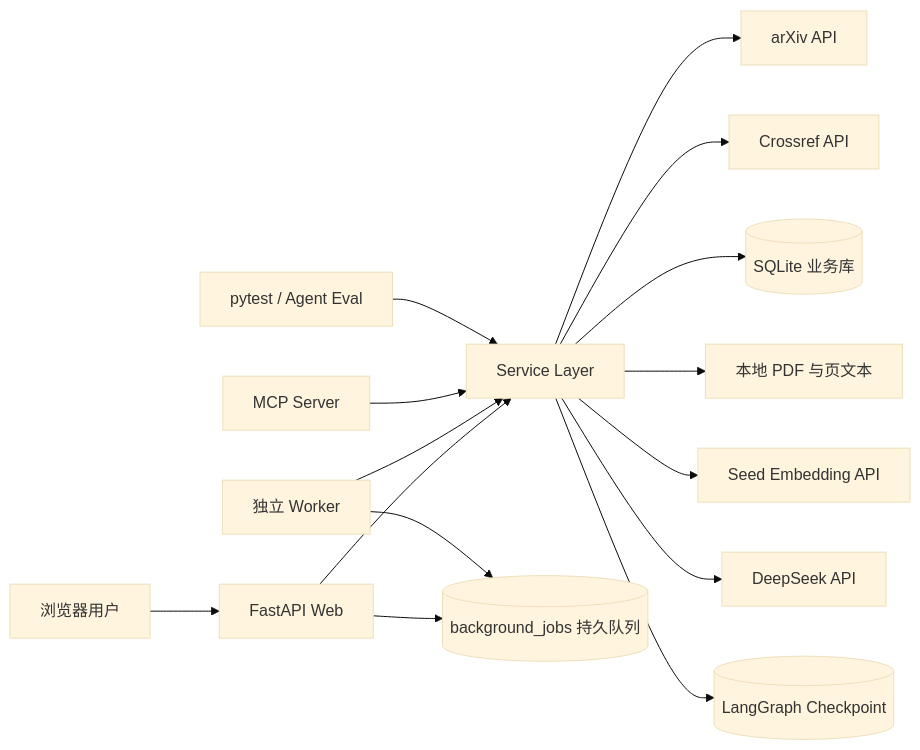
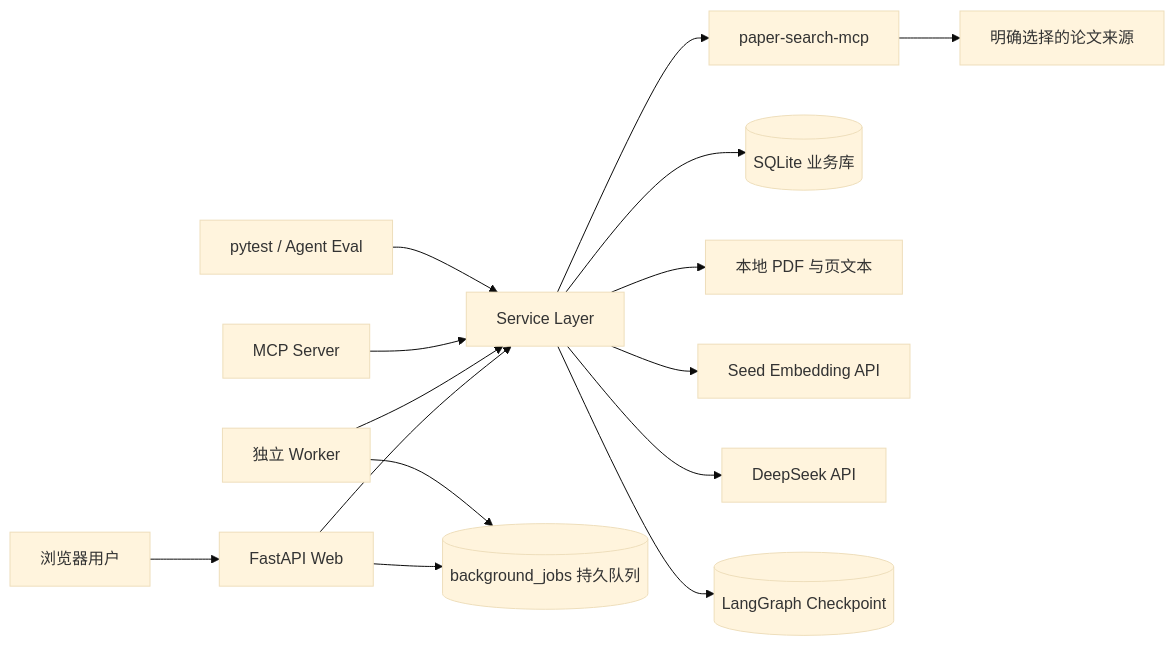
Before and after one commit to a18743530603/Paper-search: the first of 5 diagrams in PROJECT_OVERVIEW.md, drawn with Mermaid (base theme). The commit also changed other lines of this file and 44 other files, not shown here.

````diff
--- a/PROJECT_OVERVIEW.md
+++ b/PROJECT_OVERVIEW.md
@@ -29,17 +30,17 @@
 ```mermaid
 flowchart LR
     U[浏览器用户] --> W[FastAPI Web]
     W --> S[Service Layer]
-    S --> ARXIV[arXiv API]
-    S --> CROSSREF[Crossref API]
+    S --> SEARCHMCP[paper-search-mcp]
+    SEARCHMCP --> SOURCES[明确选择的论文来源]
     S --> DB[(SQLite 业务库)]
     W --> Q[(background_jobs 持久队列)]
     WK[独立 Worker] --> Q
     WK --> S
     S --> PDF[本地 PDF 与页文本]
     S --> SEED[Seed Embedding API]
     S --> DEEPSEEK[DeepSeek API]
     S --> CP[(LangGraph Checkpoint)]
     MCP[MCP Server] --> S
     TEST[pytest / Agent Eval] --> S
 ```
````
